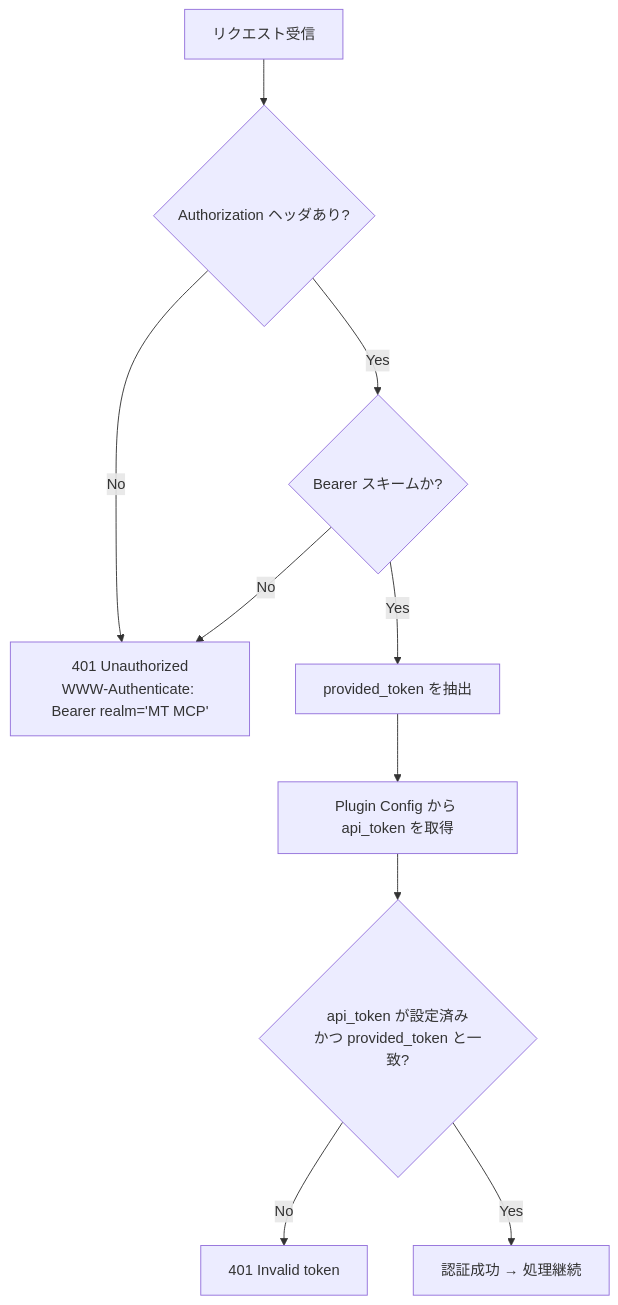
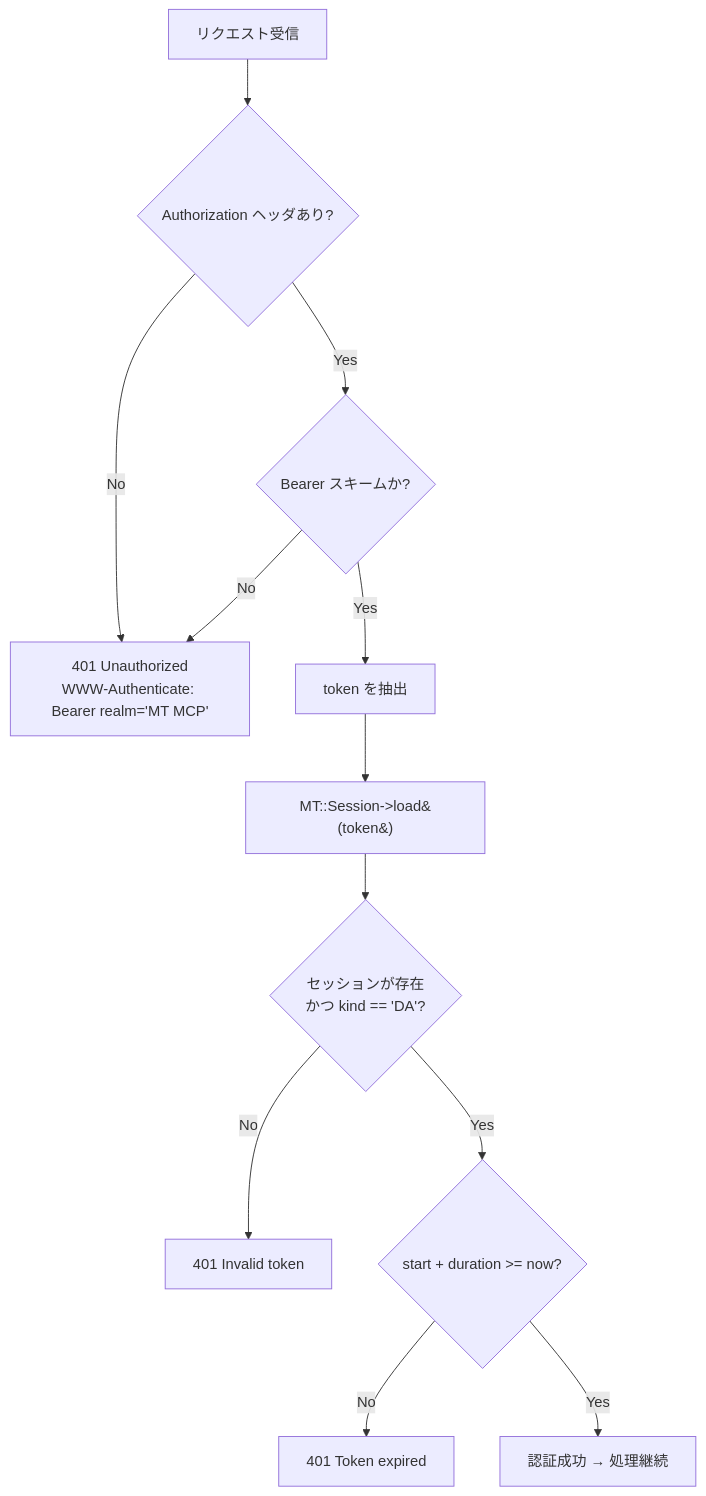
Before and after one commit to redamoon/mt-plugin-mcp: the fourth of 4 diagrams in docs/architecture-auth.md, drawn with Mermaid. The commit also changed other lines of this file and 6 other files, not shown here.

````diff
--- a/docs/architecture-auth.md
+++ b/docs/architecture-auth.md
@@ -148,12 +113,14 @@
 ```mermaid
 flowchart TD
     A[リクエスト受信] --> B{Authorization ヘッダあり?}
     B -- No --> E1[401 Unauthorized\nWWW-Authenticate: Bearer realm='MT MCP']
     B -- Yes --> C{Bearer スキームか?}
     C -- No --> E1
-    C -- Yes --> D[provided_token を抽出]
-    D --> F[Plugin Config から api_token を取得]
-    F --> G{api_token が設定済み\nかつ provided_token と一致?}
+    C -- Yes --> D[token を抽出]
+    D --> F[MT::Session->load&#40;token&#41;]
+    F --> G{セッションが存在\nかつ kind == 'DA'?}
     G -- No --> E2[401 Invalid token]
-    G -- Yes --> OK[認証成功 → 処理継続]
+    G -- Yes --> H{start + duration >= now?}
+    H -- No --> E3[401 Token expired]
+    H -- Yes --> OK[認証成功 → 処理継続]
 ```
````
